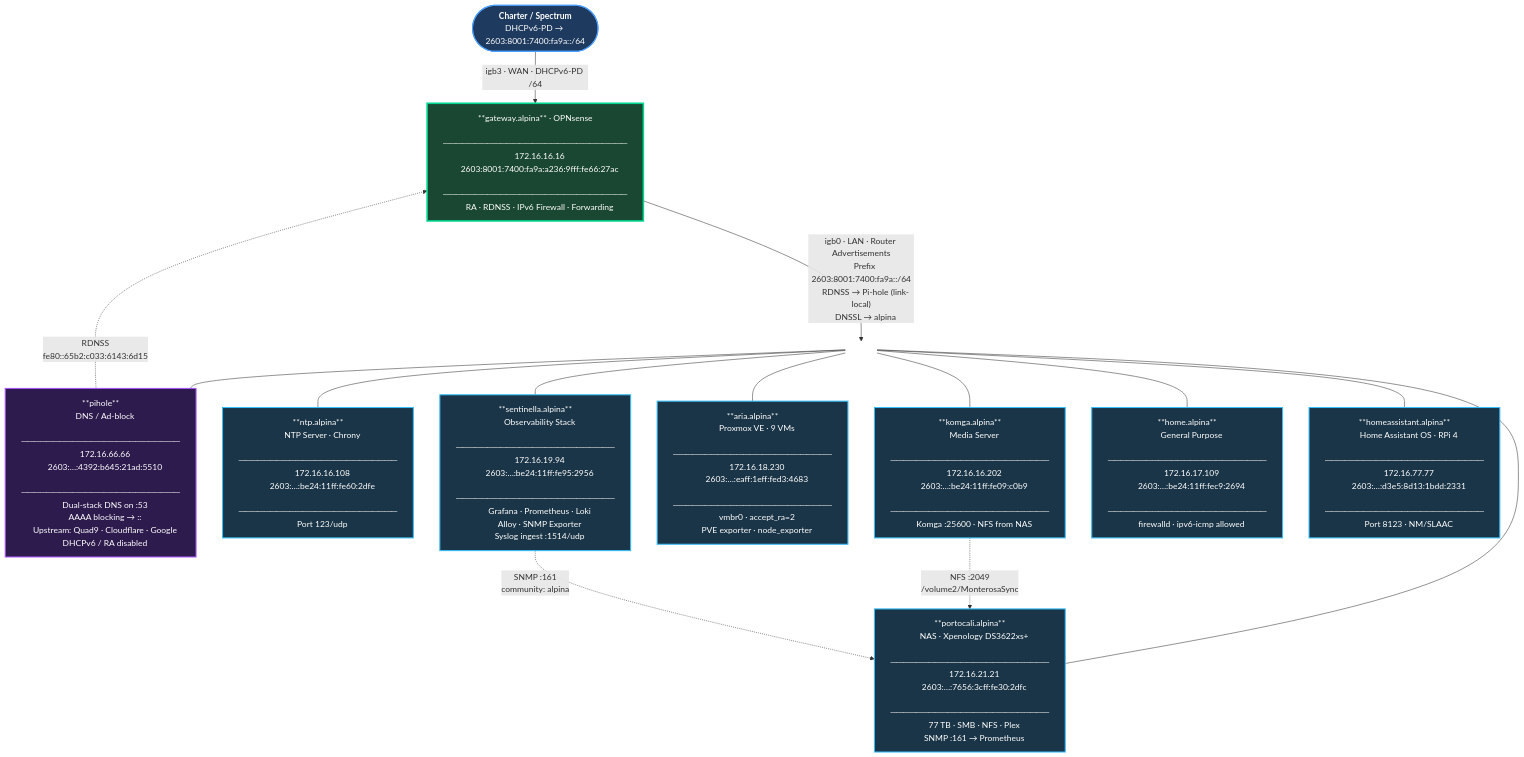
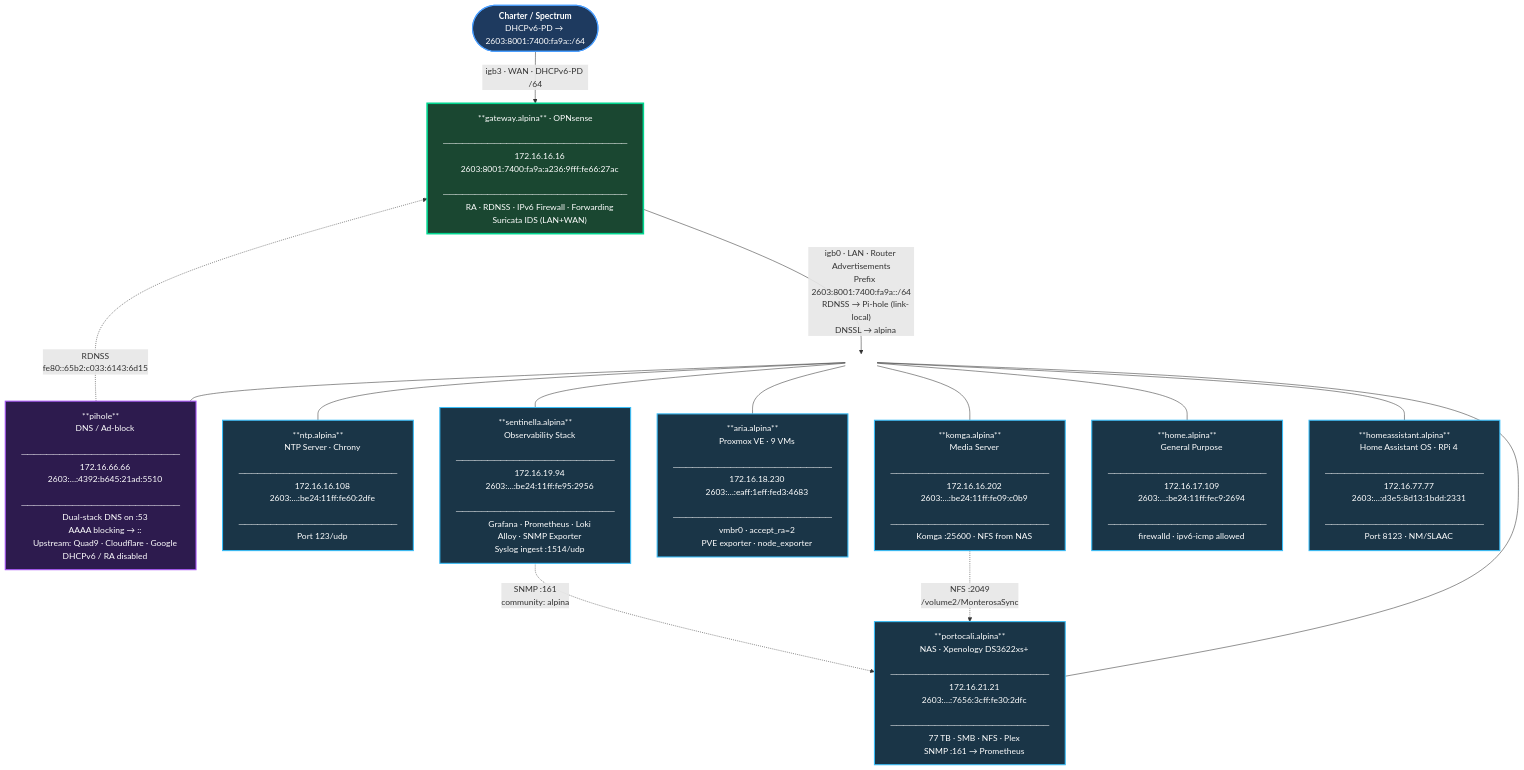
One commit to ParkWardRR/server.alpina-cleanup changed the first of 5 diagrams in docs/network-diagram.md. Above: the diagram before and after it, drawn with Mermaid. The commit also changed other lines of this file and 3 other files, not shown here.

First line of the commit message:
Configure Suricata IDS: WAN interface, ET rules, EVE syslog, fix Grafana queries

```diff
--- a/docs/network-diagram.md
+++ b/docs/network-diagram.md
@@ -17,7 +17,8 @@
     172.16.16.16
     2603:8001:7400:fa9a:a236:9fff:fe66:27ac
     ─────────────────────────────
-    RA · RDNSS · IPv6 Firewall · Forwarding"]
+    RA · RDNSS · IPv6 Firewall · Forwarding
+    Suricata IDS (LAN+WAN)"]
 
     GW -- "igb0 · LAN · Router Advertisements
     Prefix 2603:8001:7400:fa9a::/64
```
